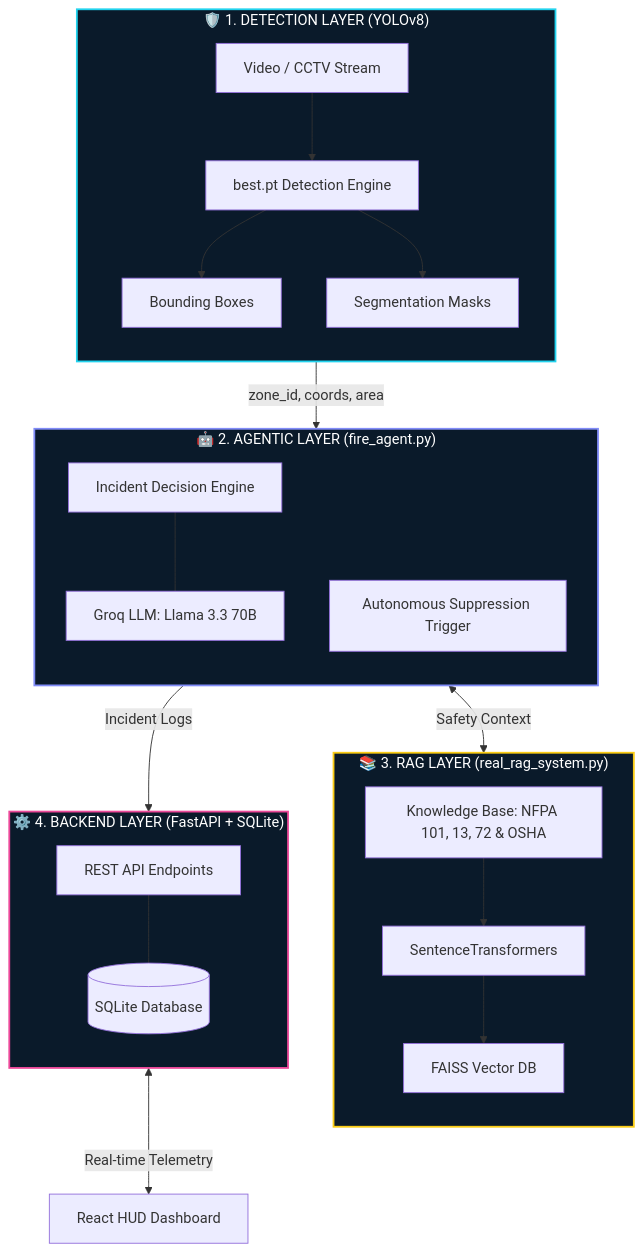
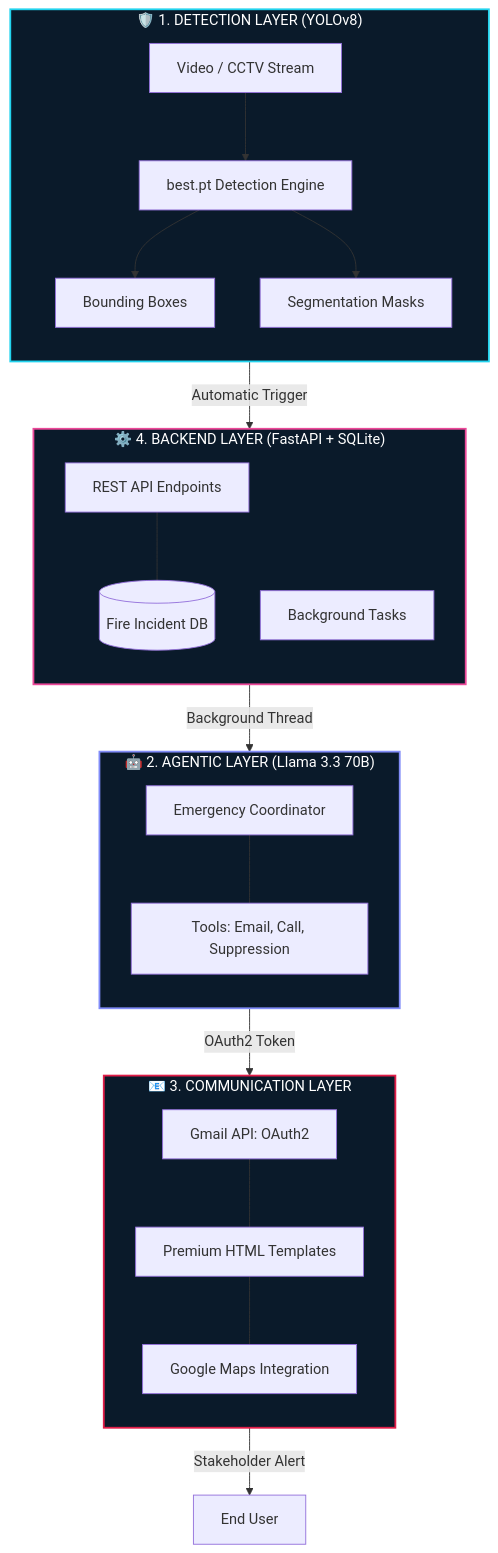
The diagram in README.md (omerfarooq223/Agentic-Fire-Detection), drawn with Mermaid before and after one commit. The commit also changed other lines of this file and 5 other files, not shown here.

Commit message:
feat: integrate Gmail API for emergency alerts and upgrade emergency coordination agent with Llama 3.3.

````diff
--- a/README.md
+++ b/README.md
@@ -45,48 +45,48 @@
 ```mermaid
 graph TB
     %% Detection Layer
     subgraph Detection ["🛡️ 1. DETECTION LAYER (YOLOv8)"]
         direction TB
         input[Video / CCTV Stream] --> yolo[best.pt Detection Engine]
         yolo --> boxes[Bounding Boxes]
         yolo --> masks[Segmentation Masks]
     end
 
     %% Agentic Layer
-    subgraph Agentic ["🤖 2. AGENTIC LAYER (fire_agent.py)"]
+    subgraph Agentic ["🤖 2. AGENTIC LAYER (Llama 3.3 70B)"]
         direction TB
-        engine[Incident Decision Engine]
-        llm[Groq LLM: Llama 3.3 70B]
-        suppress[Autonomous Suppression Trigger]
-        engine --- llm
+        engine[Emergency Coordinator]
+        tools[Tools: Email, Call, Suppression]
+        engine --- tools
     end
 
-    %% RAG Layer
-    subgraph RAG ["📚 3. RAG LAYER (real_rag_system.py)"]
+    %% Communication Layer
+    subgraph Comm ["📧 3. COMMUNICATION LAYER"]
         direction TB
-        embed[SentenceTransformers]
-        faiss[FAISS Vector DB]
-        kb[Knowledge Base: NFPA 101, 13, 72 & OSHA]
-        kb --> embed --> faiss
+        gmail[Gmail API: OAuth2]
+        html[Premium HTML Templates]
+        maps[Google Maps Integration]
+        gmail --- html --- maps
     end
 
     %% Backend Layer
     subgraph Backend ["⚙️ 4. BACKEND LAYER (FastAPI + SQLite)"]
         direction TB
         api[REST API Endpoints]
-        db[(SQLite Database)]
+        db[(Fire Incident DB)]
+        bg[Background Tasks]
         api --- db
     end
 
     %% Inter-layer connections
-    Detection -->|zone_id, coords, area| Agentic
-    Agentic <-->|Safety Context| RAG
-    Agentic -->|Incident Logs| Backend
-    Backend <-->|Real-time Telemetry| HUD[React HUD Dashboard]
+    Detection -->|Automatic Trigger| Backend
+    Backend -->|Background Thread| Agentic
+    Agentic -->|OAuth2 Token| Comm
+    Comm -->|Stakeholder Alert| User[End User]
 
     %% Styling
     style Detection fill:#0a1a2a,stroke:#22d3ee,stroke-width:2px,color:#fff
     style Agentic fill:#0a1a2a,stroke:#818cf8,stroke-width:2px,color:#fff
-    style RAG fill:#0a1a2a,stroke:#facc15,stroke-width:2px,color:#fff
+    style Comm fill:#0a1a2a,stroke:#e11d48,stroke-width:2px,color:#fff
     style Backend fill:#0a1a2a,stroke:#ec4899,stroke-width:2px,color:#fff
 ```
````
